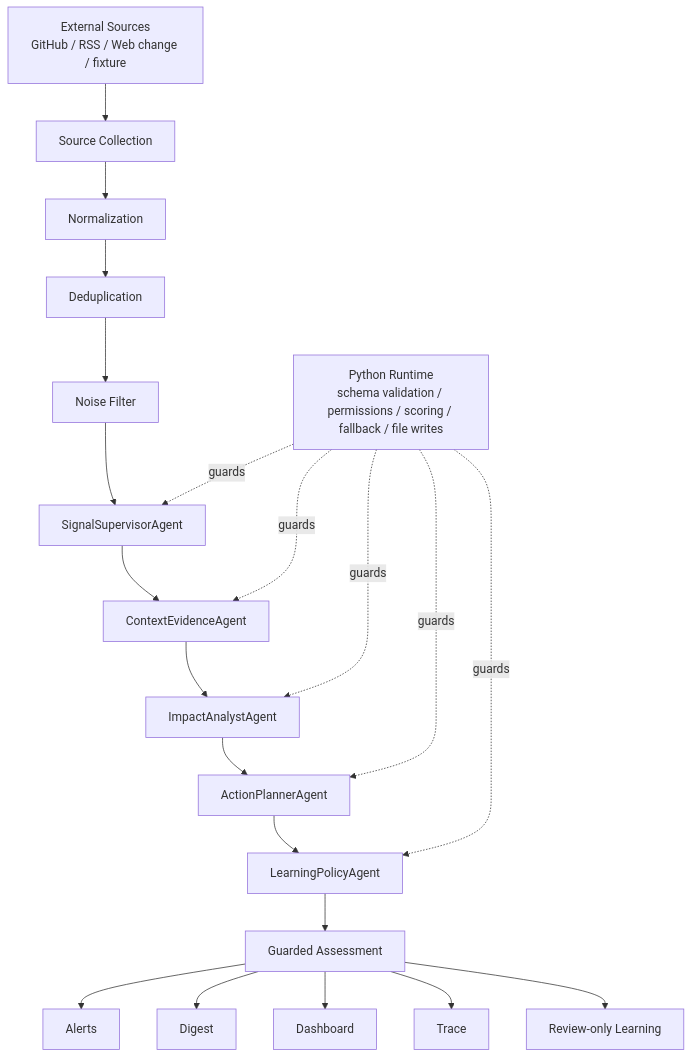
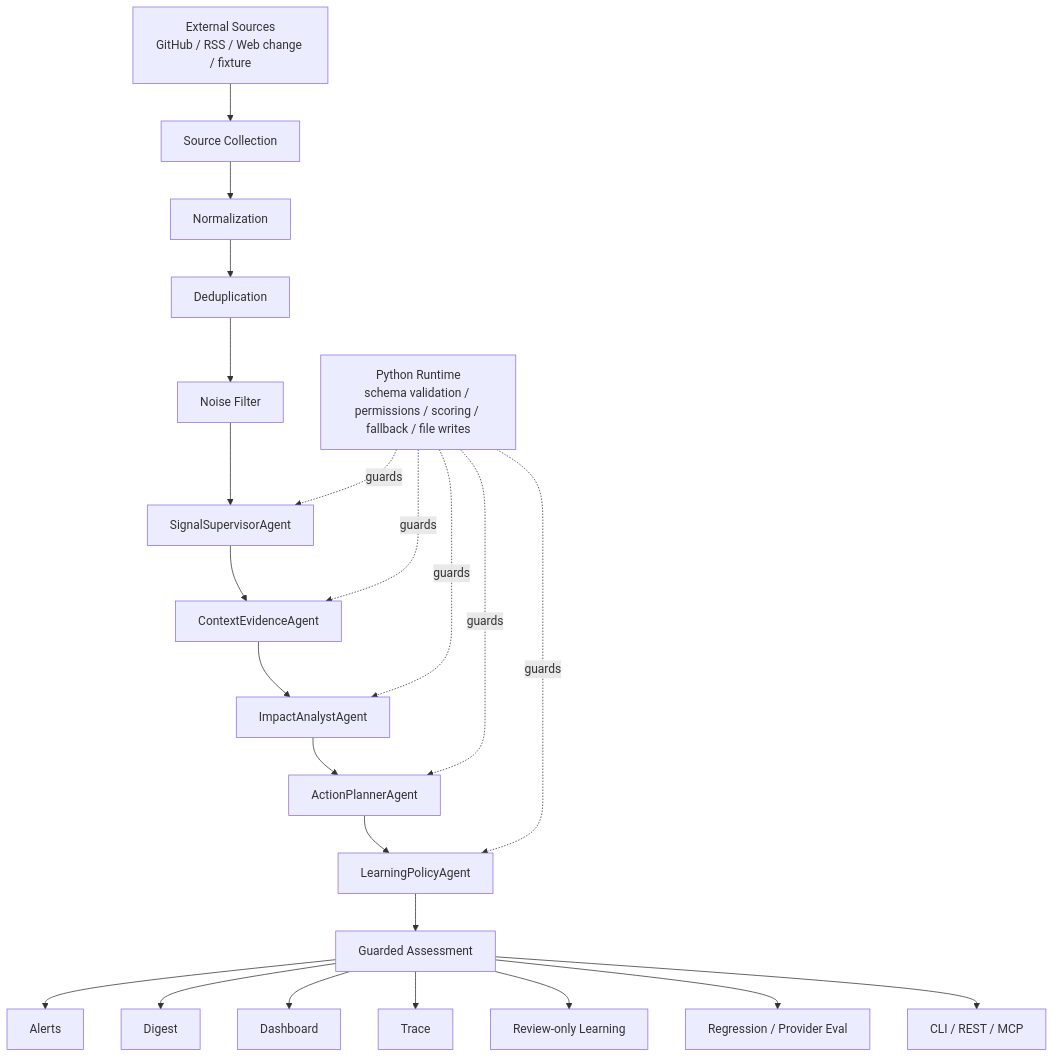
One commit to pocketvin/SignalHarness changed the first of 2 diagrams in docs/ARCHITECTURE.md. Above: the diagram before and after it, drawn with Mermaid. The commit also changed other lines of this file and 45 other files, not shown here.

````diff
--- a/docs/ARCHITECTURE.md
+++ b/docs/ARCHITECTURE.md
@@ -7,24 +7,26 @@
 ```mermaid
 flowchart TD
     A["External Sources<br/>GitHub / RSS / Web change / fixture"] --> B["Source Collection"]
     B --> C["Normalization"]
     C --> D["Deduplication"]
     D --> E["Noise Filter"]
     E --> F["SignalSupervisorAgent"]
     F --> G["ContextEvidenceAgent"]
     G --> H["ImpactAnalystAgent"]
     H --> I["ActionPlannerAgent"]
     I --> J["LearningPolicyAgent"]
     J --> K["Guarded Assessment"]
     K --> L["Alerts"]
     K --> M["Digest"]
     K --> N["Dashboard"]
     K --> O["Trace"]
     K --> P["Review-only Learning"]
+    K --> R["Regression / Provider Eval"]
+    K --> S["CLI / REST / MCP"]
 
     Q["Python Runtime<br/>schema validation / permissions / scoring / fallback / file writes"] -. guards .-> F
     Q -. guards .-> G
     Q -. guards .-> H
     Q -. guards .-> I
     Q -. guards .-> J
 ```
````
